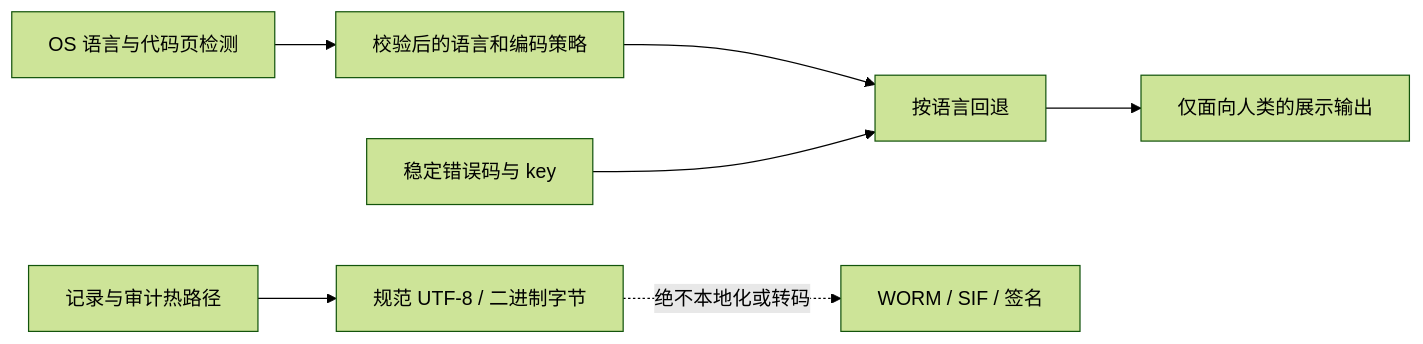
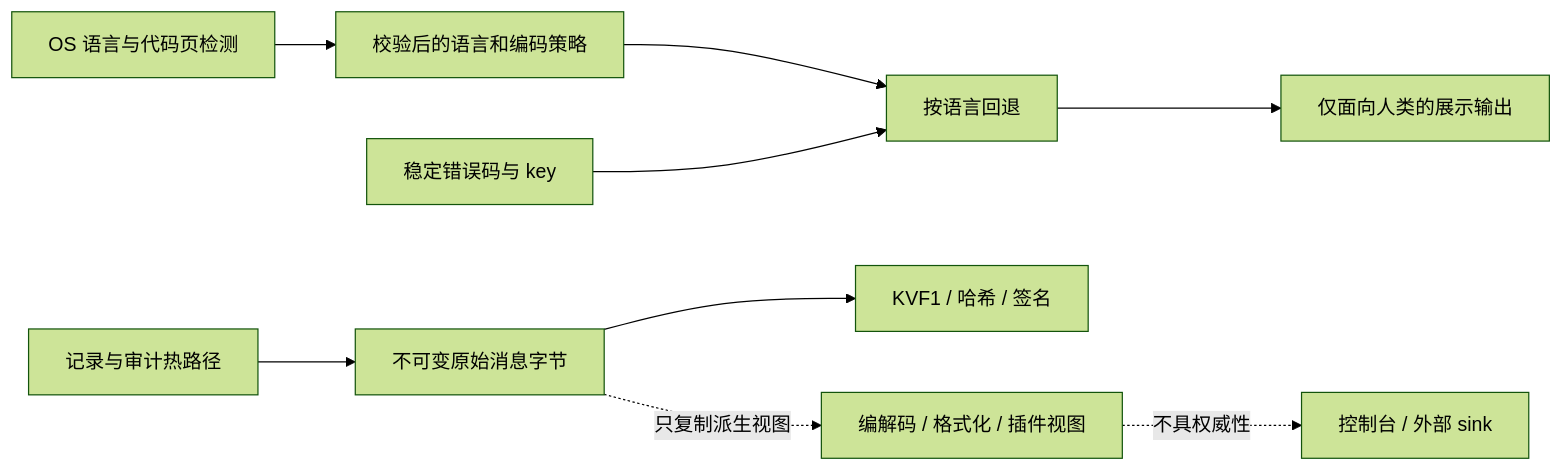
One commit to nekolio/DoLogger changed the diagram in docs/zh_CN/guides/LocalizationArchitecture.md. Above: the diagram before and after it, drawn with Mermaid (forest theme). The commit also changed other lines of this file and 66 other files, not shown here.

````diff
--- a/docs/zh_CN/guides/LocalizationArchitecture.md
+++ b/docs/zh_CN/guides/LocalizationArchitecture.md
@@ -18,9 +18,11 @@
 ```mermaid
 flowchart LR
     A[OS 语言与代码页检测] --> B[校验后的语言和编码策略]
     B --> C[按语言回退]
     C --> D[仅面向人类的展示输出]
     E[稳定错误码与 key] --> C
-    F[记录与审计热路径] --> G[规范 UTF-8 / 二进制字节]
-    G -. 绝不本地化或转码 .-> H[WORM / SIF / 签名]
+    F[记录与审计热路径] --> G[不可变原始消息字节]
+    G --> H[KVF1 / 哈希 / 签名]
+    G -. 只复制派生视图 .-> I[编解码 / 格式化 / 插件视图]
+    I -. 不具权威性 .-> J[控制台 / 外部 sink]
 ```
````
